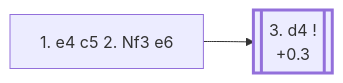
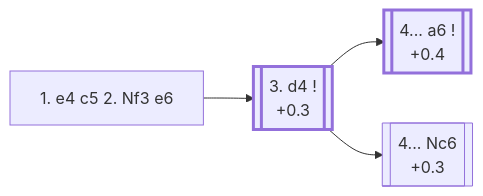
The diagram in e4_openings/B40_Sicilian_e6_Open.md (onclemarcel/chess_flashcards), drawn with Mermaid before and after one commit. The commit also changed other lines of this file and 59 other files, not shown here.

````diff
--- a/e4_openings/B40_Sicilian_e6_Open.md
+++ b/e4_openings/B40_Sicilian_e6_Open.md
@@ -12,10 +12,15 @@
 ```mermaid
 flowchart LR
     classDef main stroke-width:3px;
 
     e6["1. e4 c5 2. Nf3 e6"]
     click e6 "#_initial_move_" "B40 · Sicilian Defense, 2... e6"
 
     e6 --> d4[["3. d4 !<br/>+0.3"]]:::main
     click d4 "#_d4_" "B40 · Sicilian Defense, 2... e6: Open"
+
+    d4 --> a6k[["4... a6 !<br/>+0.4"]]:::main
+    click a6k "#_a6_" "B41 · Sicilian Defense: Kan Variation"
+    d4 --> Nc6t[["4... Nc6<br/>+0.3"]]
+    click Nc6t "#_Nc6_" "B44 · Sicilian Defense: Taimanov Variation"
 ```
````
